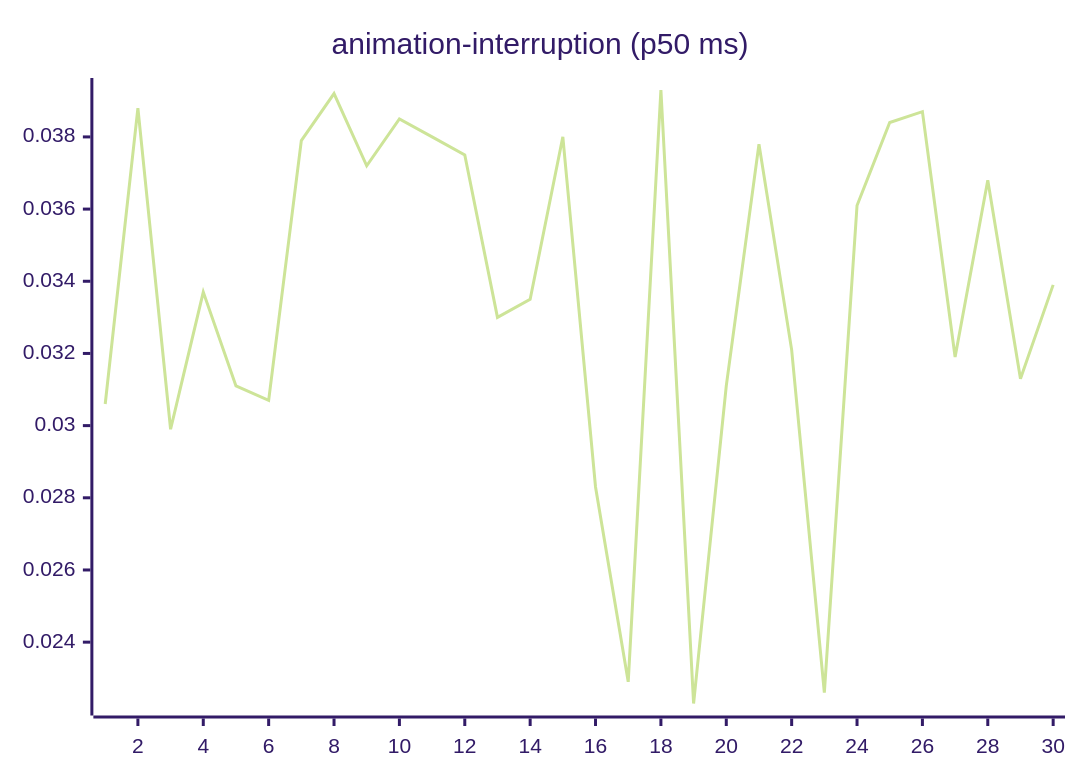
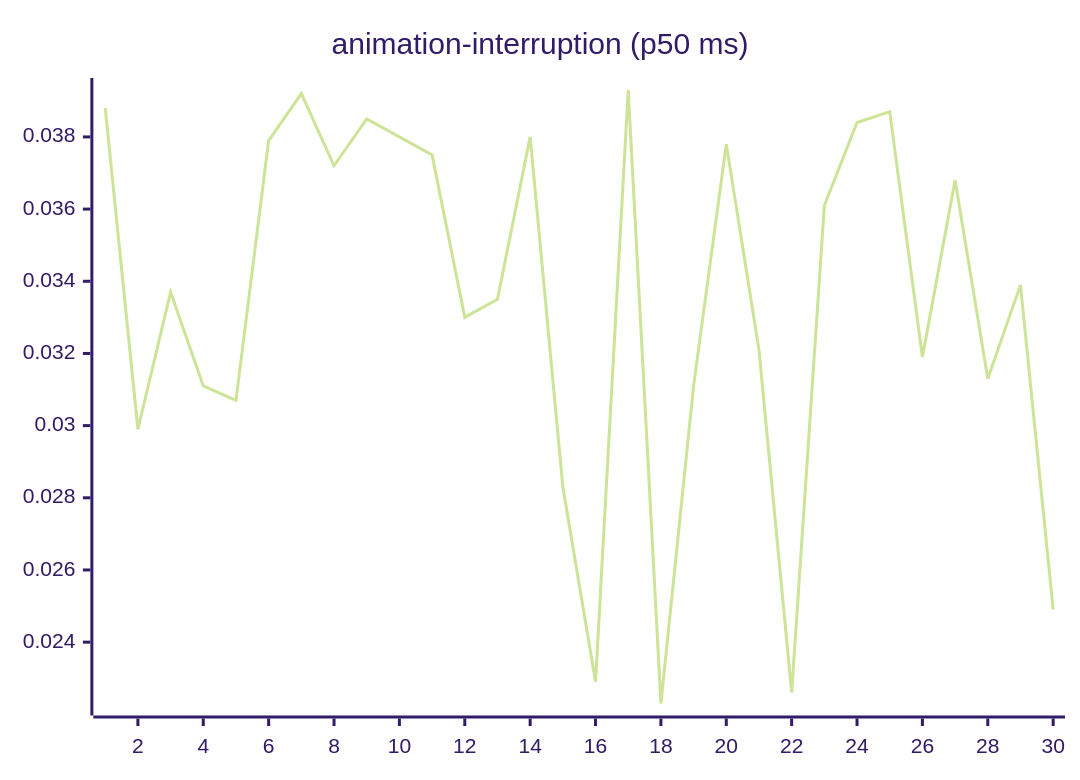
The third of 27 diagrams in README.md (josha/Facet), drawn with Mermaid (forest theme) before and after one commit. The commit also changed other lines of this file and 2 other files, not shown here.

````diff
--- a/README.md
+++ b/README.md
@@ -77,6 +77,6 @@
 ```mermaid
 xychart-beta
     title "animation-interruption (p50 ms)"
     x-axis 1 --> 30
-    line [0.0306, 0.0388, 0.0299, 0.0337, 0.0311, 0.0307, 0.0379, 0.0392, 0.0372, 0.0385, 0.0380, 0.0375, 0.0330, 0.0335, 0.0380, 0.0283, 0.0229, 0.0393, 0.0223, 0.0311, 0.0378, 0.0321, 0.0226, 0.0361, 0.0384, 0.0387, 0.0319, 0.0368, 0.0313, 0.0339]
+    line [0.0388, 0.0299, 0.0337, 0.0311, 0.0307, 0.0379, 0.0392, 0.0372, 0.0385, 0.0380, 0.0375, 0.0330, 0.0335, 0.0380, 0.0283, 0.0229, 0.0393, 0.0223, 0.0311, 0.0378, 0.0321, 0.0226, 0.0361, 0.0384, 0.0387, 0.0319, 0.0368, 0.0313, 0.0339, 0.0249]
 ```
````
